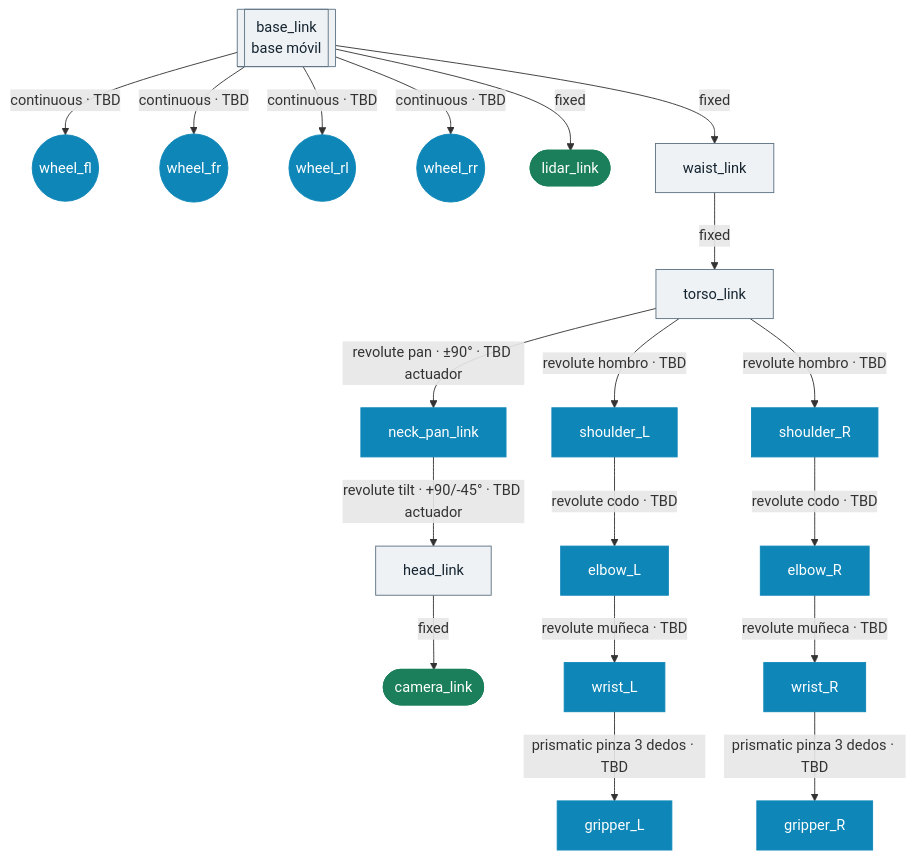
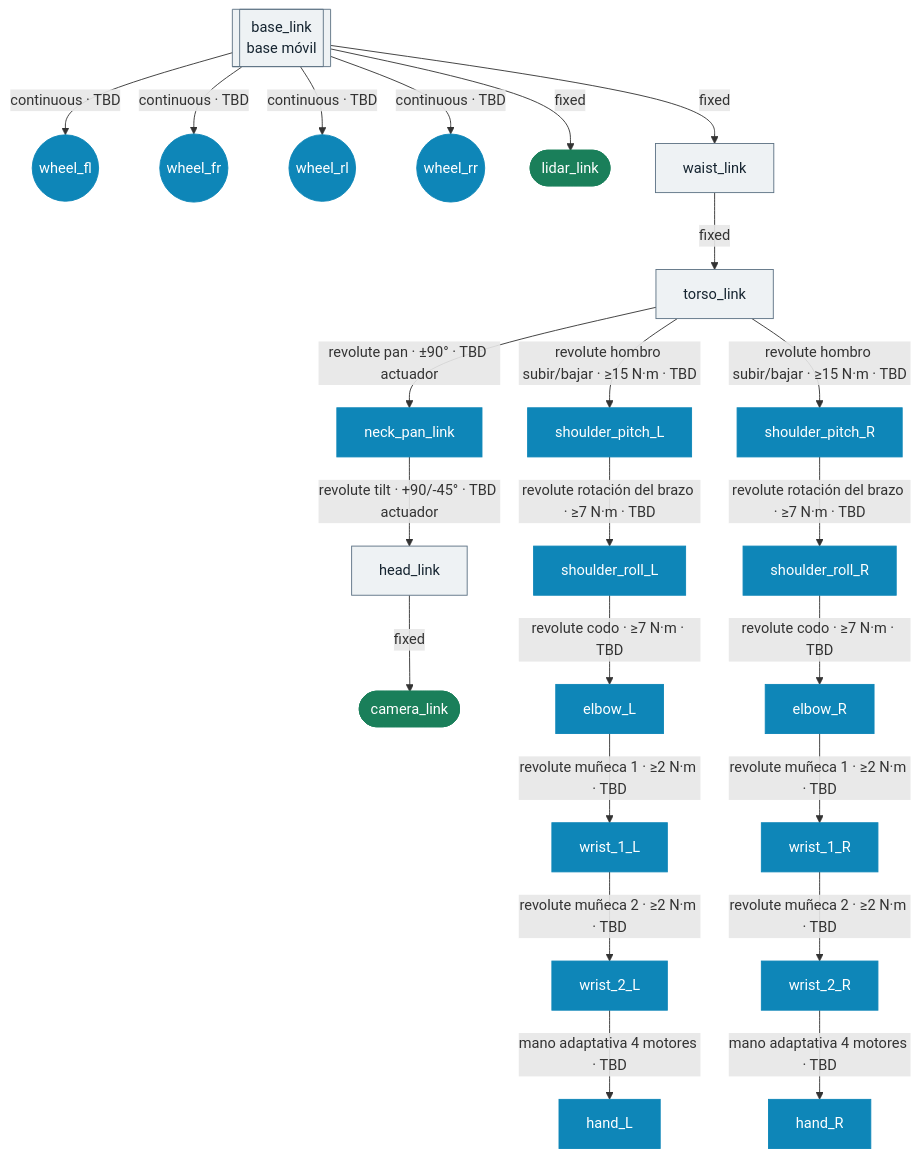
One commit to mabm-dev/robot-toreto changed the diagram in docs/CINEMATICA.md. Above: the diagram before and after it, drawn with Mermaid. The commit also changed other lines of this file and 1 other file, not shown here.

Commit message:
Brazo: juntar las manos, hombro 2 + codo 1 + muñeca 2, 1 kg por mano y pares mínimos; vía barata con reductoras impresas

````diff
--- a/docs/CINEMATICA.md
+++ b/docs/CINEMATICA.md
@@ -21,49 +21,57 @@
 ```mermaid
 graph TD
     classDef estructura fill:#eef2f4,stroke:#5d7284,color:#152430
     classDef actuador fill:#0e86b8,stroke:#0e86b8,color:#ffffff
     classDef sensor fill:#1a7f5a,stroke:#1a7f5a,color:#ffffff
 
     base[["base_link<br/>base móvil"]]:::estructura
     w1((wheel_fl)):::actuador
     w2((wheel_fr)):::actuador
     w3((wheel_rl)):::actuador
     w4((wheel_rr)):::actuador
     lidar([lidar_link]):::sensor
 
     base -->|"continuous · TBD"| w1
     base -->|"continuous · TBD"| w2
     base -->|"continuous · TBD"| w3
     base -->|"continuous · TBD"| w4
     base -->|fixed| lidar
 
     waist[waist_link]:::estructura
     torso[torso_link]:::estructura
     base -->|fixed| waist
     waist -->|fixed| torso
 
     neck_pan[neck_pan_link]:::actuador
     head[head_link]:::estructura
     camera([camera_link]):::sensor
     torso -->|"revolute pan · ±90° · TBD actuador"| neck_pan
     neck_pan -->|"revolute tilt · +90/-45° · TBD actuador"| head
     head -->|fixed| camera
 
-    sh_l[shoulder_L]:::actuador
+    sh_l[shoulder_pitch_L]:::actuador
+    shr_l[shoulder_roll_L]:::actuador
     el_l[elbow_L]:::actuador
-    wr_l[wrist_L]:::actuador
-    gr_l[gripper_L]:::actuador
-    torso -->|"revolute hombro · TBD"| sh_l
-    sh_l -->|"revolute codo · TBD"| el_l
-    el_l -->|"revolute muñeca · TBD"| wr_l
-    wr_l -->|"prismatic pinza 3 dedos · TBD"| gr_l
+    wr_l[wrist_1_L]:::actuador
+    wr2_l[wrist_2_L]:::actuador
+    gr_l[hand_L]:::actuador
+    torso -->|"revolute hombro subir/bajar · ≥15 N·m · TBD"| sh_l
+    sh_l -->|"revolute rotación del brazo · ≥7 N·m · TBD"| shr_l
+    shr_l -->|"revolute codo · ≥7 N·m · TBD"| el_l
+    el_l -->|"revolute muñeca 1 · ≥2 N·m · TBD"| wr_l
+    wr_l -->|"revolute muñeca 2 · ≥2 N·m · TBD"| wr2_l
+    wr2_l -->|"mano adaptativa 4 motores · TBD"| gr_l
 
-    sh_r[shoulder_R]:::actuador
+    sh_r[shoulder_pitch_R]:::actuador
+    shr_r[shoulder_roll_R]:::actuador
     el_r[elbow_R]:::actuador
-    wr_r[wrist_R]:::actuador
-    gr_r[gripper_R]:::actuador
-    torso -->|"revolute hombro · TBD"| sh_r
-    sh_r -->|"revolute codo · TBD"| el_r
-    el_r -->|"revolute muñeca · TBD"| wr_r
-    wr_r -->|"prismatic pinza 3 dedos · TBD"| gr_r
+    wr_r[wrist_1_R]:::actuador
+    wr2_r[wrist_2_R]:::actuador
+    gr_r[hand_R]:::actuador
+    torso -->|"revolute hombro subir/bajar · ≥15 N·m · TBD"| sh_r
+    sh_r -->|"revolute rotación del brazo · ≥7 N·m · TBD"| shr_r
+    shr_r -->|"revolute codo · ≥7 N·m · TBD"| el_r
+    el_r -->|"revolute muñeca 1 · ≥2 N·m · TBD"| wr_r
+    wr_r -->|"revolute muñeca 2 · ≥2 N·m · TBD"| wr2_r
+    wr2_r -->|"mano adaptativa 4 motores · TBD"| gr_r
 ```
````
